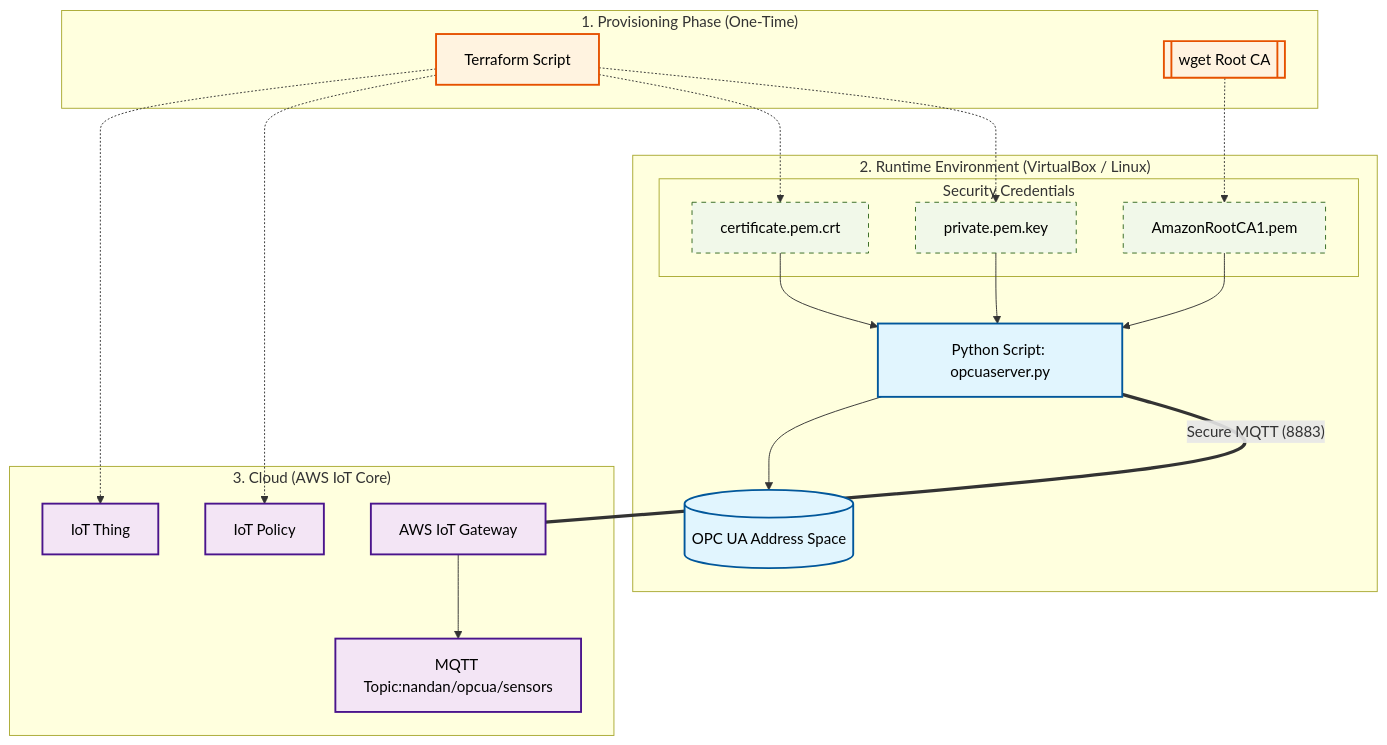
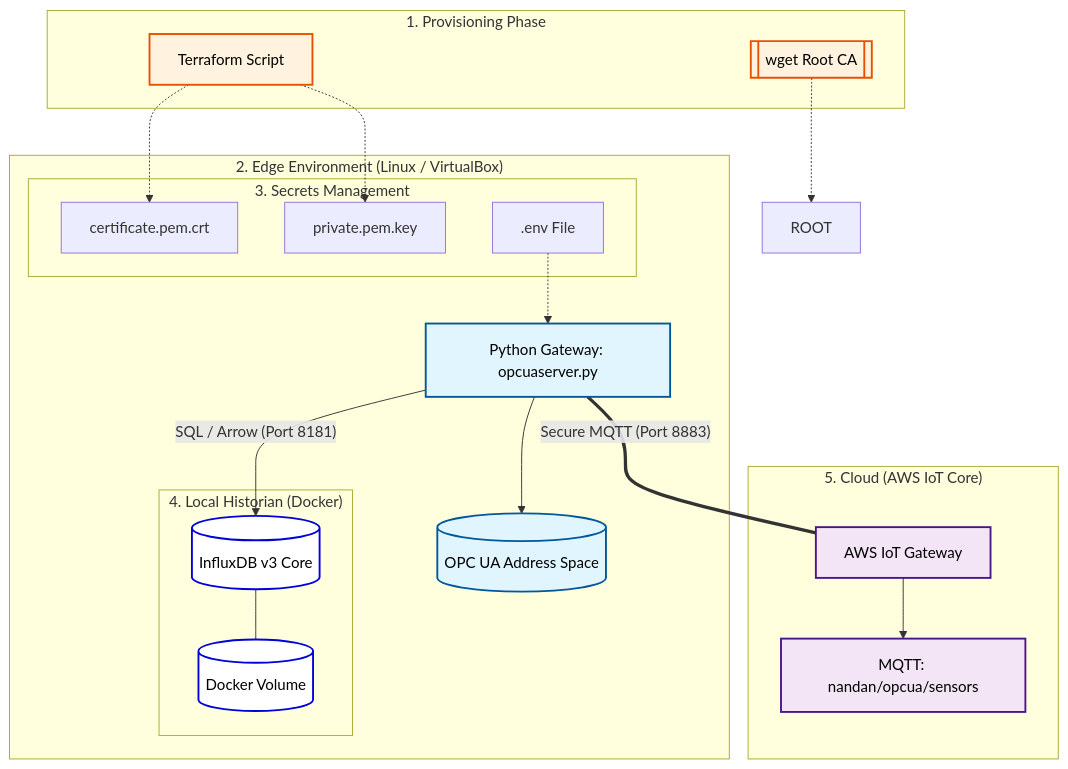
Before and after one commit to nandanchapa/pythonopcua: the diagram in README.md, drawn with Mermaid. The commit also changed other lines of this file, not shown here.

Commit message:
updated the documentaion for InfluxDB V3 via docker compose and modified architecture diagram

````diff
--- a/README.md
+++ b/README.md
@@ -59,55 +75,56 @@
 ```mermaid
 graph TD
     %% Node Definitions
-    subgraph Provisioning ["1. Provisioning Phase (One-Time)"]
+    subgraph Provisioning ["1. Provisioning Phase"]
         TF[Terraform Script]
         CA_DL[[wget Root CA]]
     end
 
-    subgraph Local ["2. Runtime Environment (VirtualBox / Linux)"]
-        A[Python Script: opcuaserver.py]
+    subgraph Local ["2. Edge Environment (Linux / VirtualBox)"]
+        A[Python Gateway: opcuaserver.py]
         B[(OPC UA Address Space)]
         
-        subgraph Auth ["Security Credentials"]
+        subgraph Auth ["3. Secrets Management"]
             CERT[certificate.pem.crt]
             KEY[private.pem.key]
-            ROOT[AmazonRootCA1.pem]
+            ENV[.env File]
+        end
+
+        subgraph Storage ["4. Local Historian (Docker)"]
+            INF[(InfluxDB v3 Core)]
+            VOL[(Docker Volume)]
         end
     end
 
-    subgraph Cloud ["3. Cloud (AWS IoT Core)"]
+    subgraph Cloud ["5. Cloud (AWS IoT Core)"]
         IOT[AWS IoT Gateway]
-        POL[IoT Policy]
-        THG[IoT Thing]
-        TOPIC["MQTT Topic:nandan/opcua/sensors"]
+        TOPIC["MQTT: nandan/opcua/sensors"]
     end
 
     %% Provisioning Connections
-    TF -.-> THG
-    TF -.-> POL
     TF -.-> CERT
     TF -.-> KEY
     CA_DL -.-> ROOT
 
     %% Runtime Connections
     A --> B
+    ENV -.-> A
     
-    %% Expanded connections for better GitHub compatibility
-    CERT --> A
-    KEY --> A
-    ROOT --> A
+    %% Dual Write Path
+    A -- "SQL / Arrow (Port 8181)" --> INF
+    INF --- VOL
     
-    A ===|"Secure MQTT (8883)"| IOT
+    A ===|"Secure MQTT (Port 8883)"| IOT
     IOT --> TOPIC
 
-    %% Styling
+    %% Styling - Ensuring all text is black (color:#000)
     classDef provision fill:#fff3e0,stroke:#e65100,stroke-width:2px,color:#000;
     classDef local fill:#e1f5fe,stroke:#01579b,stroke-width:2px,color:#000;
-    classDef auth fill:#f1f8e9,stroke:#33691e,stroke-width:1px,stroke-dasharray: 5 5,color:#000;
+    classDef storage fill:#ffffff,stroke:#00df,stroke-width:2px,color:#000;
     classDef cloud fill:#f3e5f5,stroke:#4a148c,stroke-width:2px,color:#000;
 
     class TF,CA_DL provision;
     class A,B local;
-    class CERT,KEY,ROOT auth;
-    class IOT,POL,THG,TOPIC cloud;
+    class INF,VOL storage;
+    class IOT,TOPIC cloud;
 ```
````
